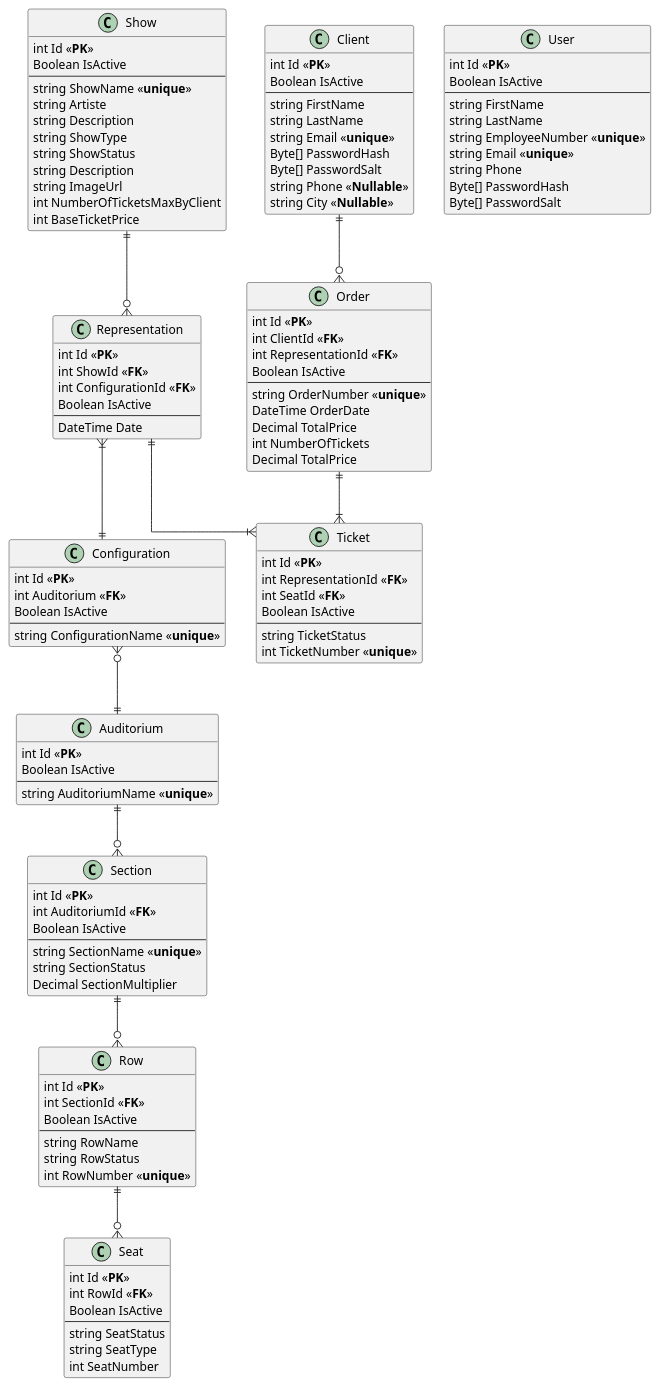
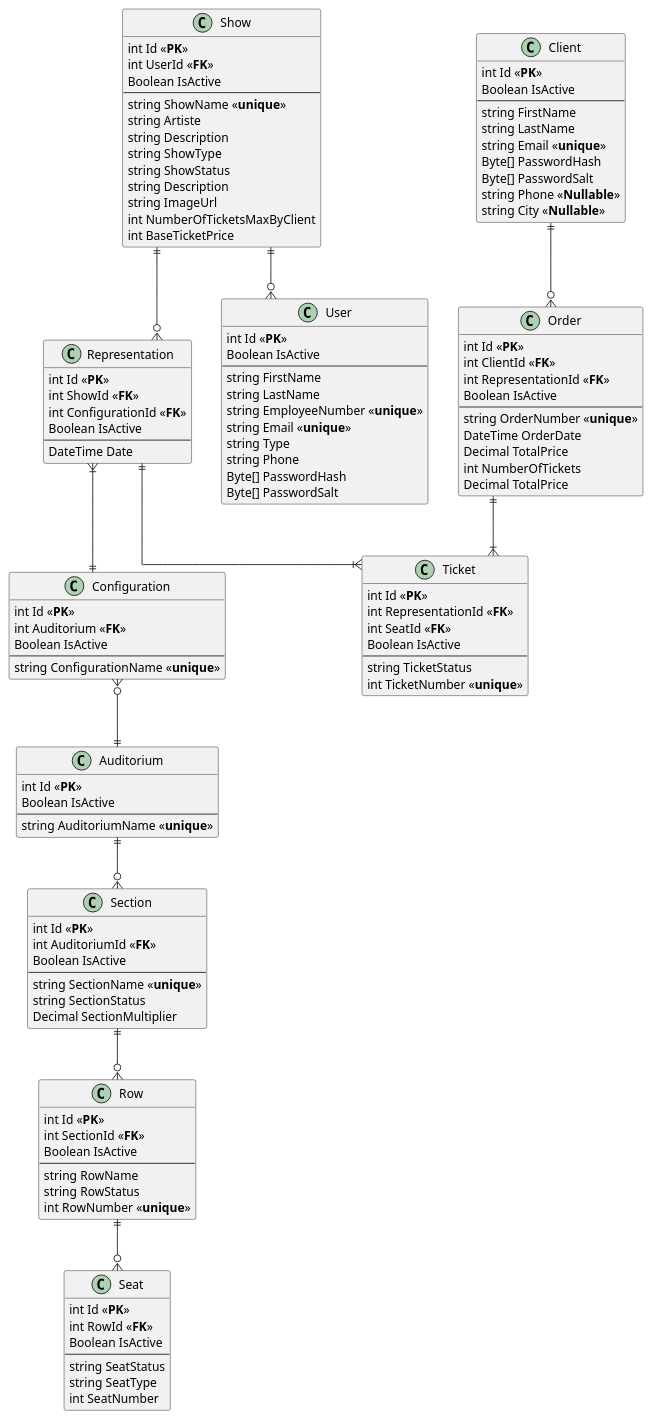
The diagram in Documentation/Diagrammes/DBLogicDiagram.puml (mickmi121996/SeatSwift), drawn with PlantUML before and after one commit. The commit also changed 25 other files, not shown here.

```diff
--- a/Documentation/Diagrammes/DBLogicDiagram.puml
+++ b/Documentation/Diagrammes/DBLogicDiagram.puml
@@ -1,134 +1,137 @@
 @startuml "Diagramme logique de base de données"
 skinparam Linetype ortho
 allow_mixing
 
 class Show {
     int Id <<**PK**>>
+    int UserId <<**FK**>>
     Boolean IsActive
     ---
     string ShowName <<**unique**>>
     string Artiste
     string Description
     string ShowType
     string ShowStatus
     string Description
     string ImageUrl
     int NumberOfTicketsMaxByClient
     int BaseTicketPrice
 }
 
 class Representation {
     int Id <<**PK**>>
     int ShowId <<**FK**>>
     int ConfigurationId <<**FK**>>
     Boolean IsActive
     ---
     DateTime Date
 }
 
 Class Configuration {
     int Id <<**PK**>>
     int Auditorium <<**FK**>>
     Boolean IsActive
     ---
     string ConfigurationName <<**unique**>>
 }
 
 class Auditorium {
     int Id <<**PK**>>
     Boolean IsActive
     ---
     string AuditoriumName <<**unique**>>
 }
 
 class Section {
     int Id <<**PK**>>
     int AuditoriumId <<**FK**>>
     Boolean IsActive
     ---
     string SectionName <<**unique**>>
     string SectionStatus
     Decimal SectionMultiplier
 }
 
 class Row {
     int Id <<**PK**>>
     int SectionId <<**FK**>>
     Boolean IsActive
     ---
     string RowName
     string RowStatus
     int RowNumber <<**unique**>>
 }
 
 class Seat {
     int Id <<**PK**>>
     int RowId <<**FK**>>
     Boolean IsActive
     ---
     string SeatStatus
     string SeatType
     int SeatNumber
 }
 
 class Ticket {
     int Id <<**PK**>>
     int RepresentationId <<**FK**>>
     int SeatId <<**FK**>>
     Boolean IsActive
     ---
     string TicketStatus
     int TicketNumber <<**unique**>>
 }
 
 class Order {
     int Id <<**PK**>>
     int ClientId <<**FK**>>
     int RepresentationId <<**FK**>>
     Boolean IsActive
     ---
     string OrderNumber <<**unique**>>
     DateTime OrderDate
     Decimal TotalPrice
     int NumberOfTickets
     Decimal TotalPrice
 }
 
 class Client {
     int Id <<**PK**>>
     Boolean IsActive
     ---
     string FirstName
     string LastName
     string Email <<**unique**>>
     Byte[] PasswordHash
     Byte[] PasswordSalt
     string Phone <<**Nullable**>>
     string City <<**Nullable**>>
 }
 
 class User {
     int Id <<**PK**>>
     Boolean IsActive
     ---
     string FirstName
     string LastName
     string EmployeeNumber <<**unique**>>
     string Email <<**unique**>>
+    string Type
     string Phone
     Byte[] PasswordHash
     Byte[] PasswordSalt
 }
 
 Show ||--o{ Representation
+Show ||--o{ User
 Representation }|--|| Configuration
 Configuration }o--|| Auditorium
 Auditorium ||--o{ Section
 Section ||--o{ Row
 Row ||--o{ Seat
 Representation ||--|{ Ticket
 Client ||--o{ Order
 Order ||--|{ Ticket
 
 
 @enduml
```
